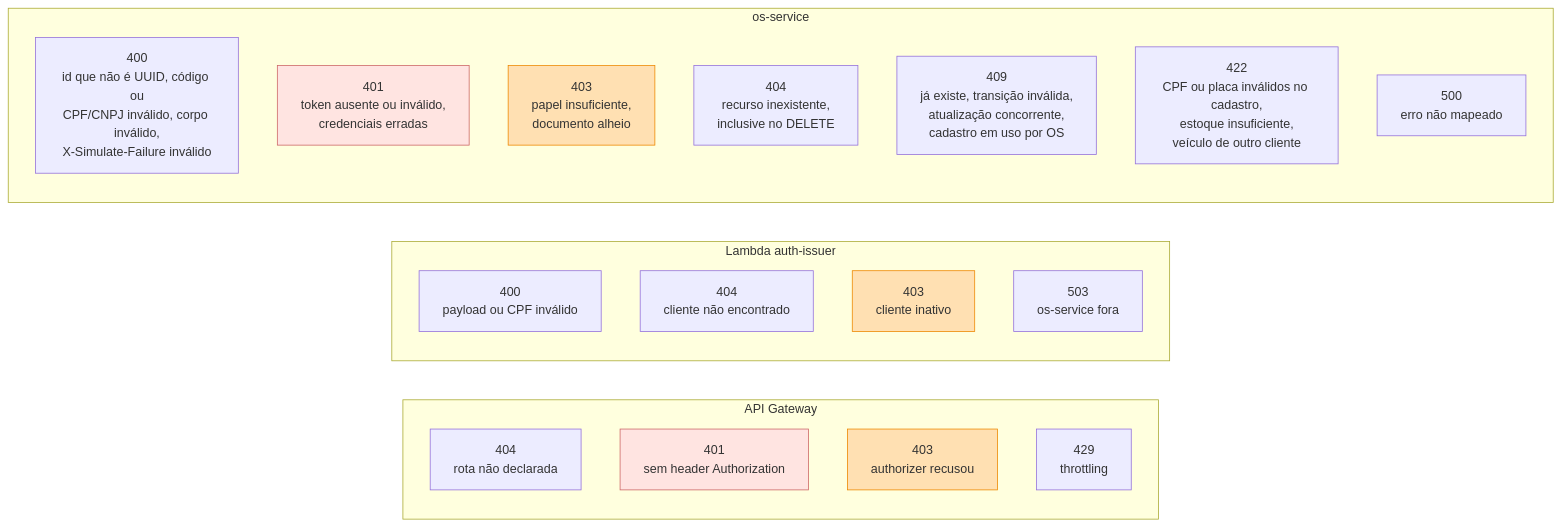
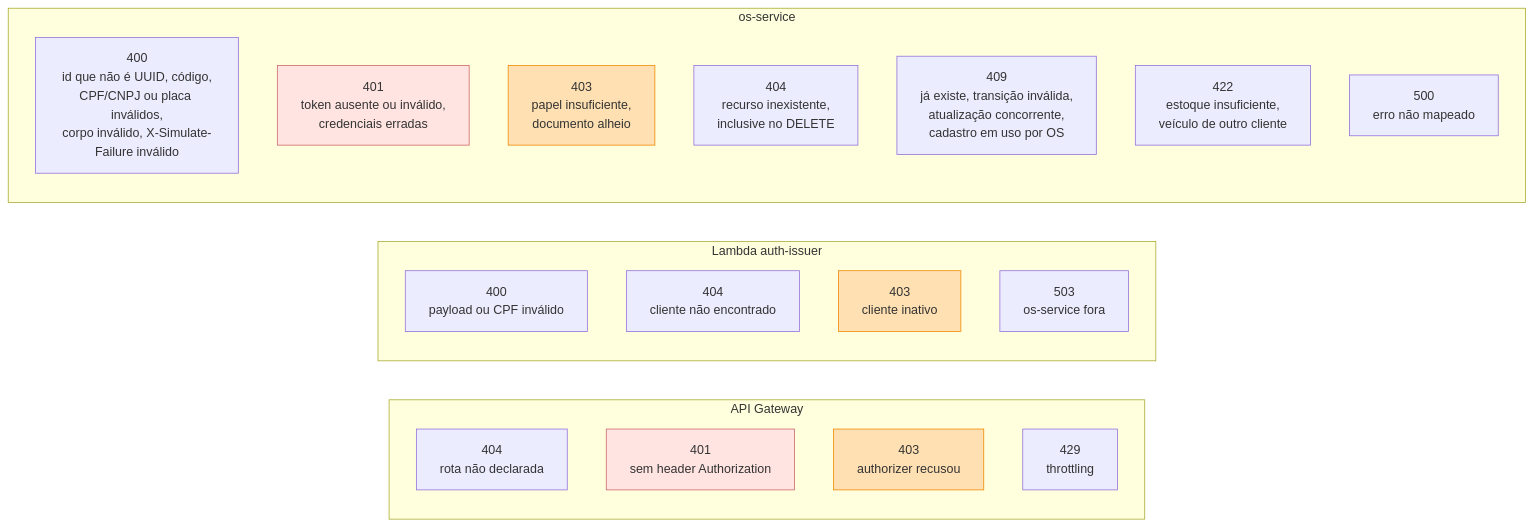
Before and after one commit to Kc1t/postech-tc4-os-service: the third of 3 diagrams in docs/diagrams/roteamento.md, drawn with Mermaid. The commit also changed 3 other files, not shown here.

Commit message:
docs: critério entre 400 e 422 na ADR-0006, diagrama de roteamento e testes de validação do corpo

````diff
--- a/docs/diagrams/roteamento.md
+++ b/docs/diagrams/roteamento.md
@@ -109,32 +109,32 @@
 ```mermaid
 flowchart LR
     subgraph gwl["API Gateway"]
         g404["404<br/>rota não declarada"]
         g401["401<br/>sem header Authorization"]
         g403["403<br/>authorizer recusou"]
         g429["429<br/>throttling"]
     end
 
     subgraph lam["Lambda auth-issuer"]
         l400["400<br/>payload ou CPF inválido"]
         l404["404<br/>cliente não encontrado"]
         l403["403<br/>cliente inativo"]
         l503["503<br/>os-service fora"]
     end
 
     subgraph appl["os-service"]
-        a400["400<br/>id que não é UUID, código ou<br/>CPF/CNPJ inválido, corpo inválido,<br/>X-Simulate-Failure inválido"]
+        a400["400<br/>id que não é UUID, código,<br/>CPF/CNPJ ou placa inválidos,<br/>corpo inválido, X-Simulate-Failure inválido"]
         a401["401<br/>token ausente ou inválido,<br/>credenciais erradas"]
         a403["403<br/>papel insuficiente,<br/>documento alheio"]
         a404["404<br/>recurso inexistente,<br/>inclusive no DELETE"]
         a409["409<br/>já existe, transição inválida,<br/>atualização concorrente,<br/>cadastro em uso por OS"]
-        a422["422<br/>CPF ou placa inválidos no cadastro,<br/>estoque insuficiente,<br/>veículo de outro cliente"]
+        a422["422<br/>estoque insuficiente,<br/>veículo de outro cliente"]
         a500["500<br/>erro não mapeado"]
     end
 
     style g401 fill:#ffe4e1,stroke:#c66
     style g403 fill:#ffe0b2,stroke:#e80
     style a401 fill:#ffe4e1,stroke:#c66
     style a403 fill:#ffe0b2,stroke:#e80
     style l403 fill:#ffe0b2,stroke:#e80
 ```
````
